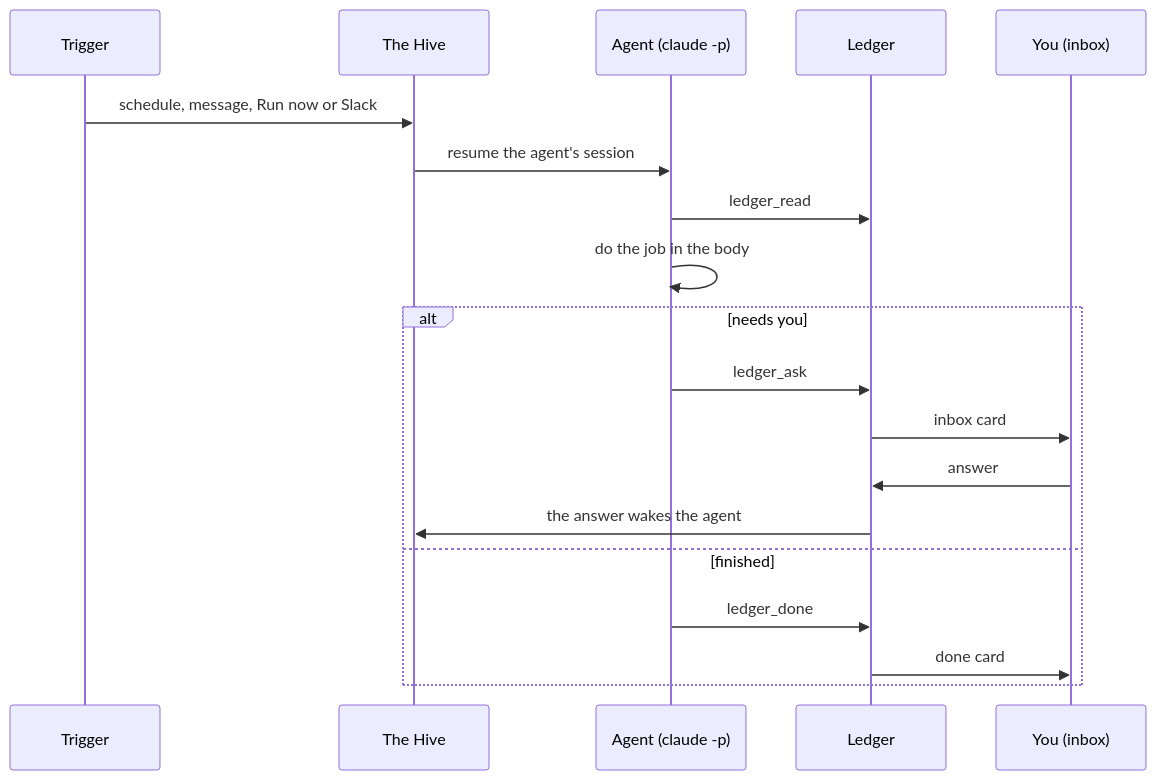
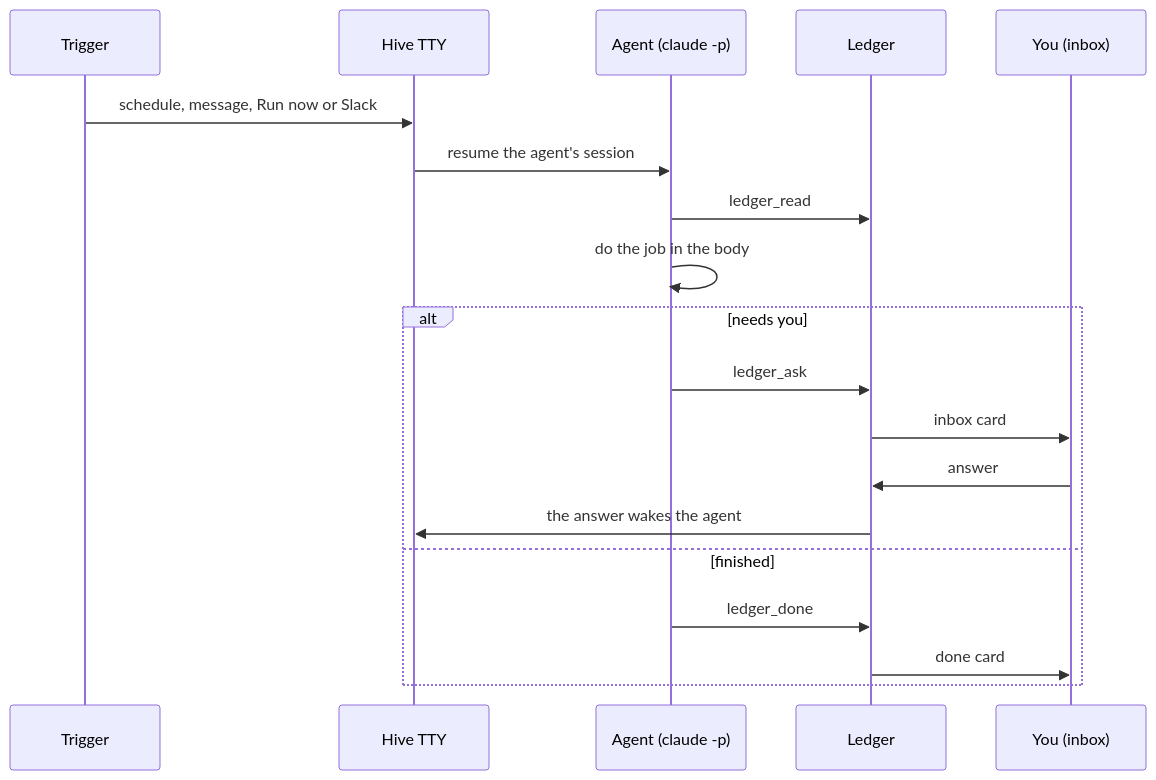
One commit to behiques/hivetty changed the diagram in docs/assets/diagrams/agent-wake.mmd. Above: the diagram before and after it, drawn with Mermaid. The commit also changed 45 other files, not shown here.

```diff
--- a/docs/assets/diagrams/agent-wake.mmd
+++ b/docs/assets/diagrams/agent-wake.mmd
@@ -1,19 +1,19 @@
 sequenceDiagram
   participant T as Trigger
-  participant H as The Hive
+  participant H as Hive TTY
   participant A as Agent (claude -p)
   participant L as Ledger
   participant U as You (inbox)
   T->>H: schedule, message, Run now or Slack
   H->>A: resume the agent's session
   A->>L: ledger_read
   A->>A: do the job in the body
   alt needs you
     A->>L: ledger_ask
     L->>U: inbox card
     U->>L: answer
     L->>H: the answer wakes the agent
   else finished
     A->>L: ledger_done
     L->>U: done card
   end
```
